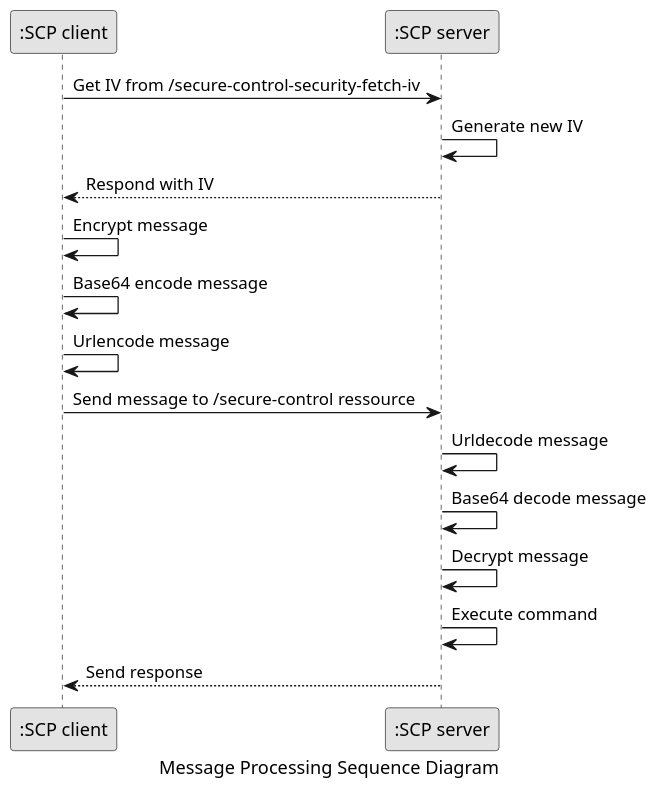
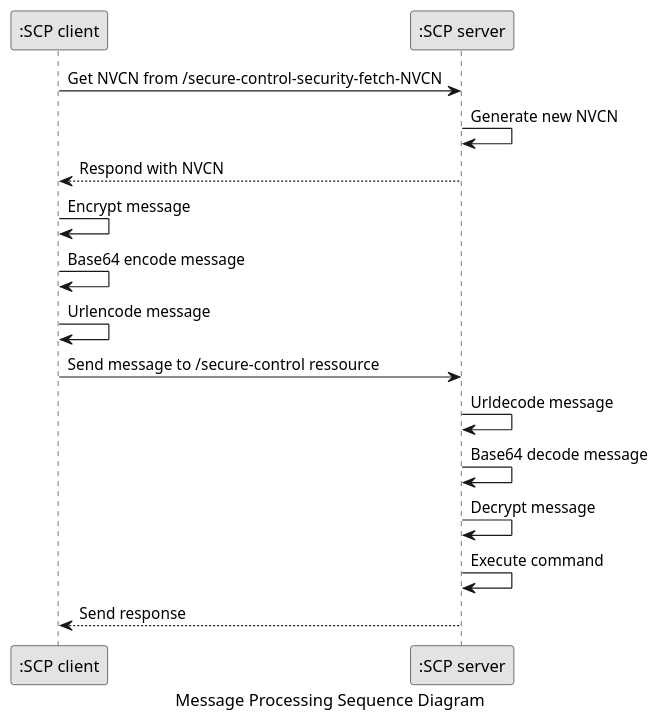
Before and after one commit to houseos/SCP: the fourth of 5 diagrams in README.md, drawn with PlantUML. The commit also changed other lines of this file, not shown here.

Commit message:
- added NVCN as the Next Valid Control Number - corrected NVCN and IV usage

````diff
--- a/README.md
+++ b/README.md
@@ -310,36 +308,36 @@
 ```puml
 
 caption Message Processing Sequence Diagram
 
 skinparam monochrome true
 
 scale 650 width
 
 participant ":SCP client" as client
 participant ":SCP server" as server
 
-client -> server : Get IV from /secure-control-security-fetch-iv
+client -> server : Get NVCN from /secure-control-security-fetch-NVCN
 
-server -> server : Generate new IV
+server -> server : Generate new NVCN
 
-server --> client : Respond with IV
+server --> client : Respond with NVCN
 
 client -> client : Encrypt message
 
 client -> client : Base64 encode message
 
 client -> client : Urlencode message
 
 client -> server : Send message to /secure-control ressource
 
 server -> server : Urldecode message
 
 server -> server : Base64 decode message
 
 server -> server : Decrypt message
 
 server -> server : Execute command
 
 server --> client : Send response
 
 ```
````
